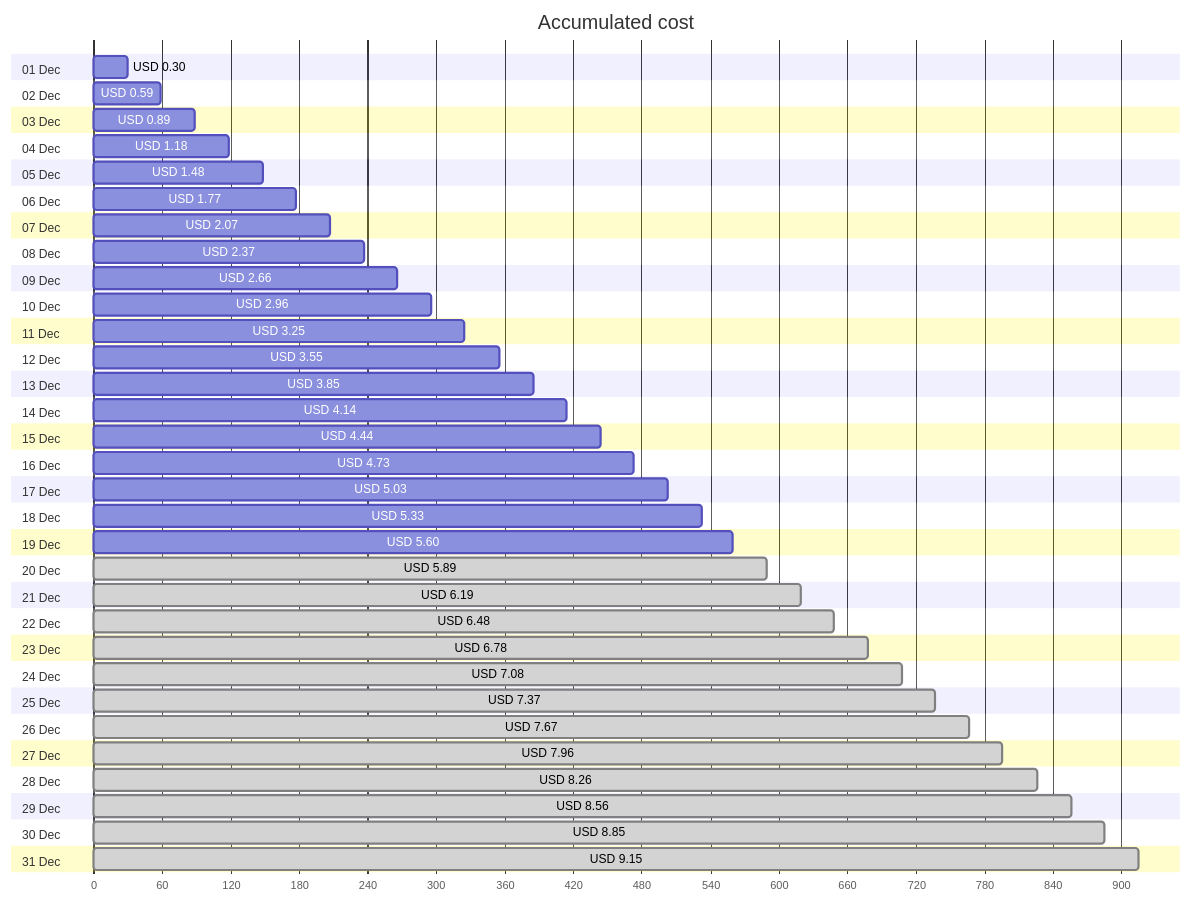
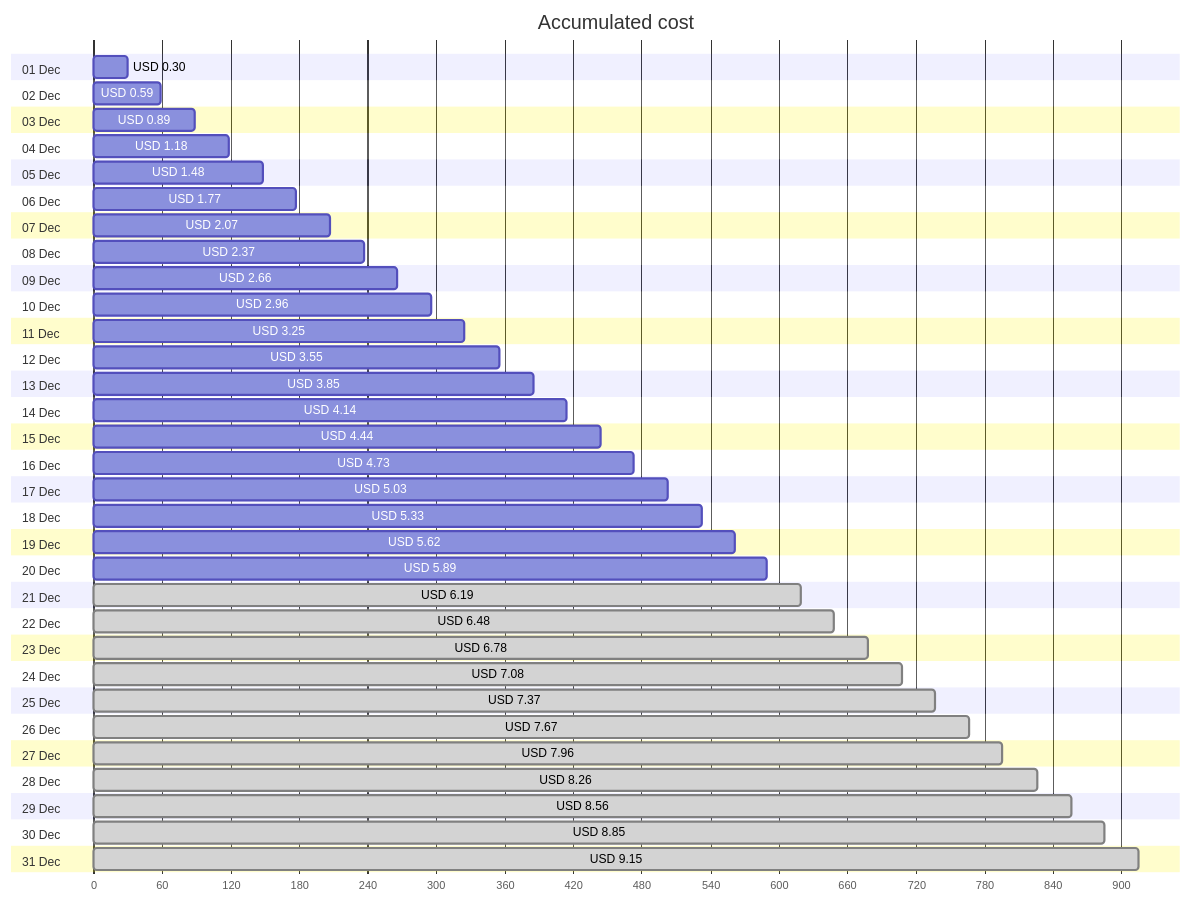
One commit to jpfulton/azure-personal-reports changed the first of 4 diagrams in cost-reports/personal-site/personal-site-preview.md. Above: the diagram before and after it, drawn with Mermaid. The commit also changed other lines of this file and 6 other files, not shown here.

````diff
--- a/cost-reports/personal-site/personal-site-preview.md
+++ b/cost-reports/personal-site/personal-site-preview.md
@@ -20,68 +20,68 @@
 ```mermaid
 gantt
    title Accumulated cost
    dateFormat  X
    axisFormat %s
    section 01 Dec
    USD 0.30 :0, 30
    section 02 Dec
    USD 0.59 :0, 59
    section 03 Dec
    USD 0.89 :0, 89
    section 04 Dec
    USD 1.18 :0, 118
    section 05 Dec
    USD 1.48 :0, 148
    section 06 Dec
    USD 1.77 :0, 177
    section 07 Dec
    USD 2.07 :0, 207
    section 08 Dec
    USD 2.37 :0, 237
    section 09 Dec
    USD 2.66 :0, 266
    section 10 Dec
    USD 2.96 :0, 296
    section 11 Dec
    USD 3.25 :0, 325
    section 12 Dec
    USD 3.55 :0, 355
    section 13 Dec
    USD 3.85 :0, 385
    section 14 Dec
    USD 4.14 :0, 414
    section 15 Dec
    USD 4.44 :0, 444
    section 16 Dec
    USD 4.73 :0, 473
    section 17 Dec
    USD 5.03 :0, 503
    section 18 Dec
    USD 5.33 :0, 533
    section 19 Dec
-   USD 5.60 :0, 560
+   USD 5.62 :0, 562
    section 20 Dec
-   USD 5.89 : done, 0, 589
+   USD 5.89 :0, 589
    section 21 Dec
    USD 6.19 : done, 0, 619
    section 22 Dec
    USD 6.48 : done, 0, 648
    section 23 Dec
    USD 6.78 : done, 0, 678
    section 24 Dec
    USD 7.08 : done, 0, 708
    section 25 Dec
    USD 7.37 : done, 0, 737
    section 26 Dec
    USD 7.67 : done, 0, 767
    section 27 Dec
    USD 7.96 : done, 0, 796
    section 28 Dec
    USD 8.26 : done, 0, 826
    section 29 Dec
    USD 8.56 : done, 0, 856
    section 30 Dec
    USD 8.85 : done, 0, 885
    section 31 Dec
    USD 9.15 : done, 0, 915
 ```
````
